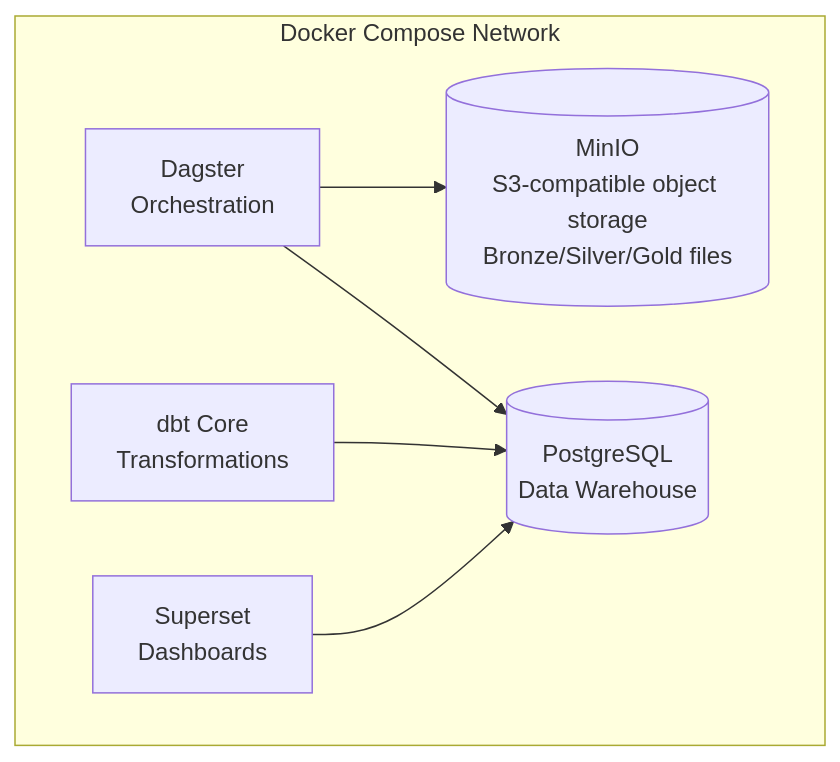
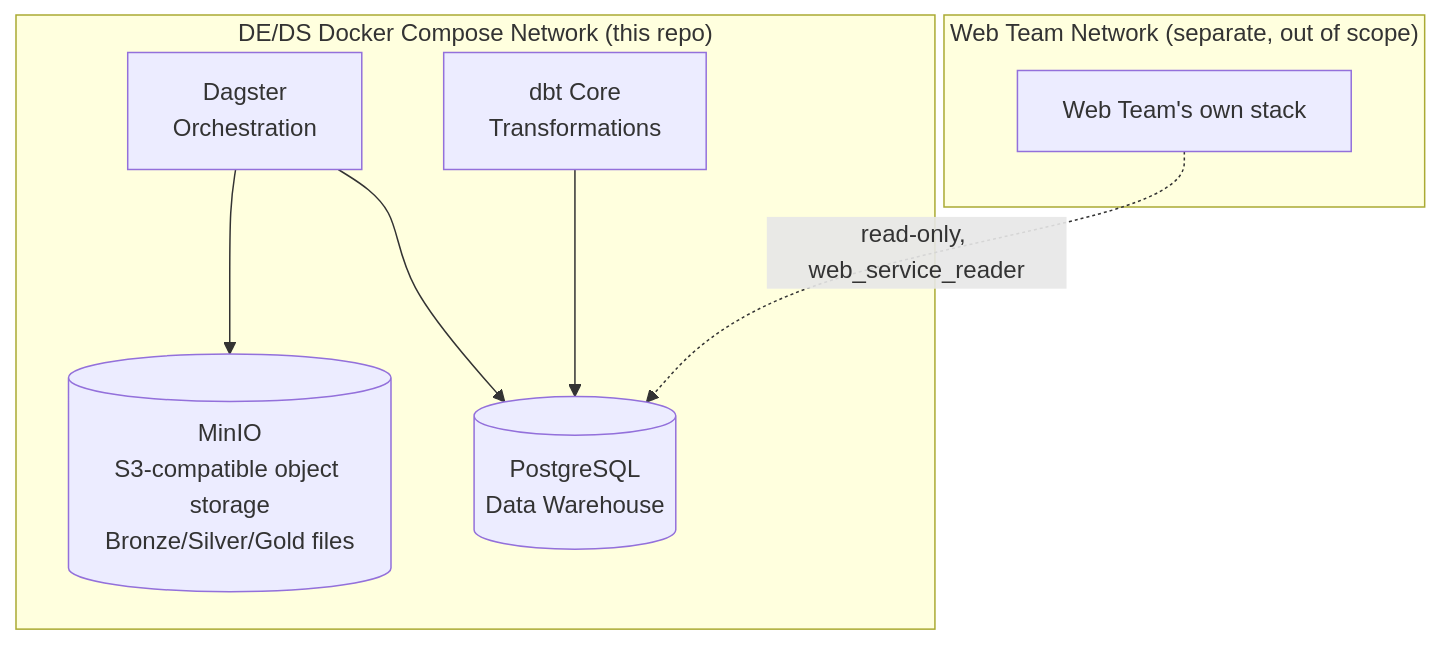
The third of 3 diagrams in docs/02_System_Architecture.md (DatAisen1/university-analytics-platform-capstone), drawn with Mermaid before and after one commit. The commit also changed other lines of this file and 11 other files, not shown here.

````diff
--- a/docs/02_System_Architecture.md
+++ b/docs/02_System_Architecture.md
@@ -88,14 +92,16 @@
 ```mermaid
 flowchart TB
-    subgraph Docker Compose Network
+    subgraph "DE/DS Docker Compose Network (this repo)"
     MinIO[(MinIO<br/>S3-compatible object storage<br/>Bronze/Silver/Gold files)]
     PG[(PostgreSQL<br/>Data Warehouse)]
     DAG[Dagster<br/>Orchestration]
     DBT[dbt Core<br/>Transformations]
-    SUP[Superset<br/>Dashboards]
+    end
+    subgraph "Web Team Network (separate, out of scope)"
+    WEB[Web Team's own stack]
     end
     DAG --> MinIO
     DAG --> PG
     DBT --> PG
-    SUP --> PG
+    WEB -. read-only, web_service_reader .-> PG
 ```
````
